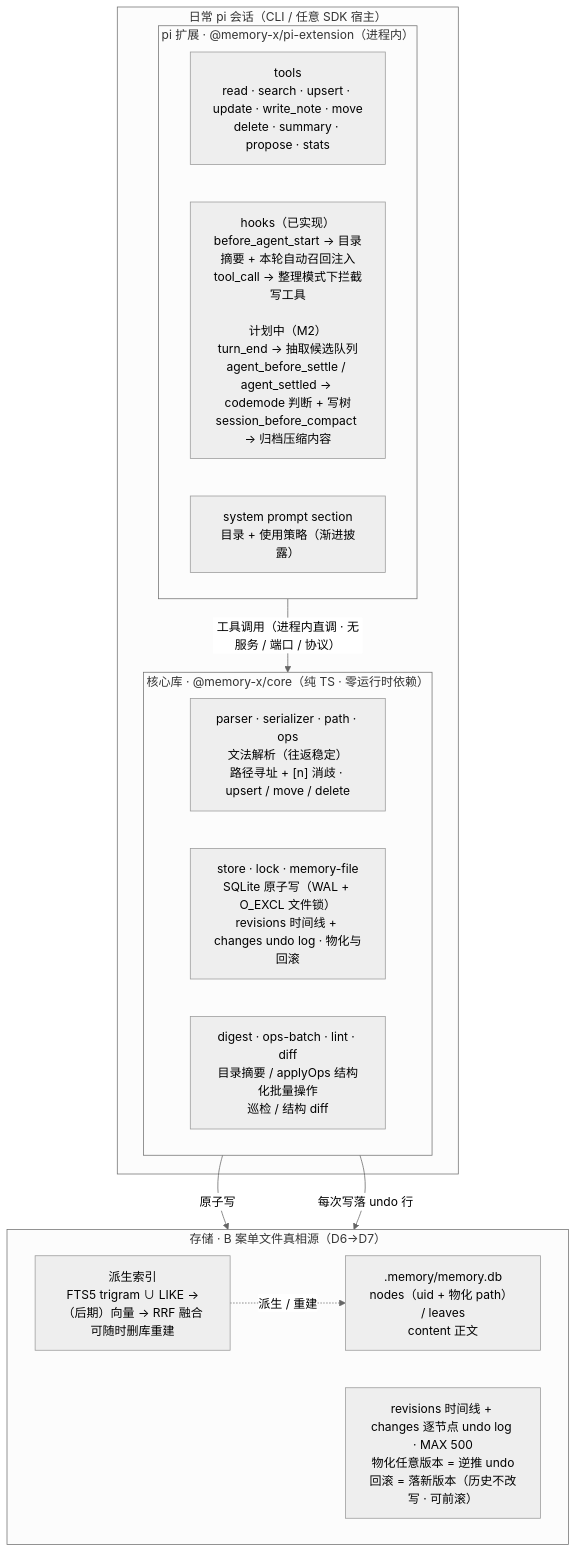
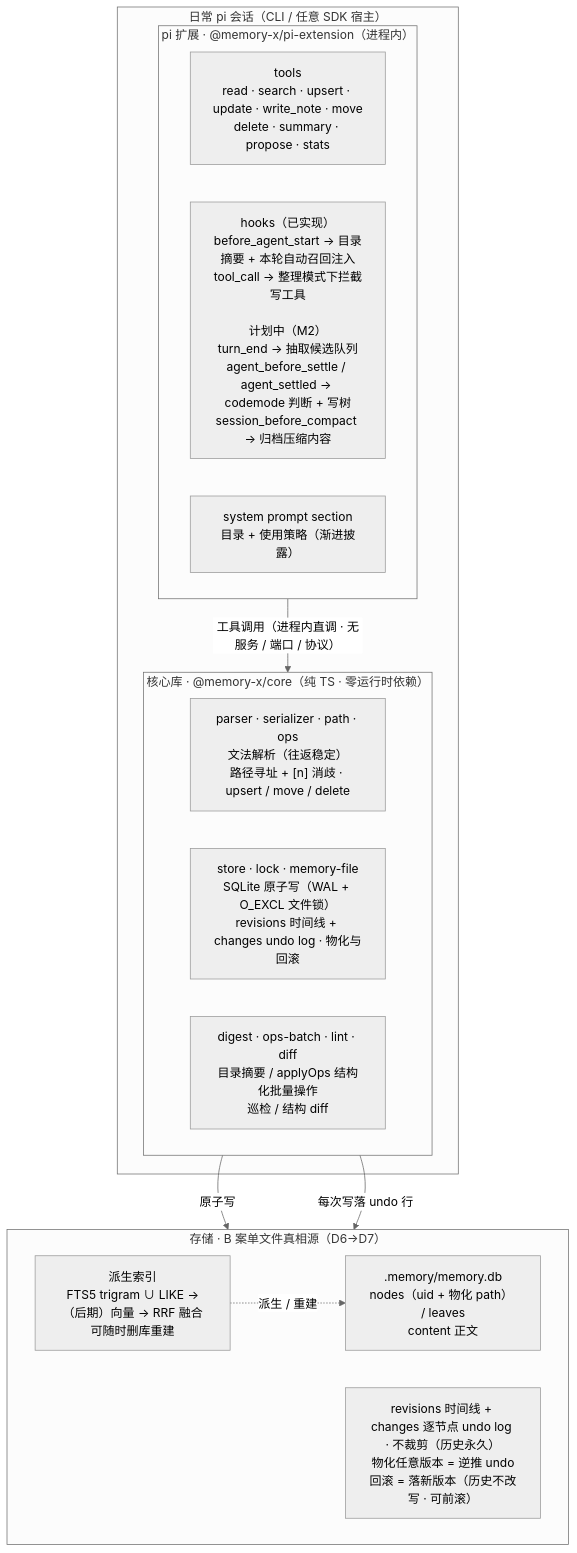
Before and after one commit to allmonday/memory-x: the diagram in PLAN.md, drawn with Mermaid (neutral theme). The commit also changed other lines of this file and 8 other files, not shown here.

````diff
--- a/PLAN.md
+++ b/PLAN.md
@@ -39,29 +39,29 @@
 ```mermaid
 flowchart TB
     subgraph SESSION["日常 pi 会话（CLI / 任意 SDK 宿主）"]
         subgraph EXT["pi 扩展 · @memory-x/pi-extension（进程内）"]
             direction LR
             TOOLS["tools<br/>read · search · upsert · update · write_note · move<br/>delete · summary · propose · stats"]
             HOOKS["hooks（已实现）<br/>before_agent_start → 目录摘要 + 本轮自动召回注入<br/>tool_call → 整理模式下拦截写工具<br/><br/>计划中（M2）<br/>turn_end → 抽取候选队列<br/>agent_before_settle / agent_settled → codemode 判断 + 写树<br/>session_before_compact → 归档压缩内容"]
             PROMPT["system prompt section<br/>目录 + 使用策略（渐进披露）"]
         end
         subgraph CORE["核心库 · @memory-x/core（纯 TS · 零运行时依赖）"]
             direction LR
             CORE_PARSE["parser · serializer · path · ops<br/>文法解析（往返稳定）<br/>路径寻址 + [n] 消歧 · upsert / move / delete"]
             CORE_STORE["store · lock · memory-file<br/>SQLite 原子写（WAL + O_EXCL 文件锁）<br/>revisions 时间线 + changes undo log · 物化与回滚"]
             CORE_DERIVE["digest · ops-batch · lint · diff<br/>目录摘要 / applyOps 结构化批量操作<br/>巡检 / 结构 diff"]
         end
     end
 
     subgraph STORE["存储 · B 案单文件真相源（D6→D7）"]
         direction LR
         DB[".memory/memory.db<br/>nodes（uid + 物化 path） / leaves<br/>content 正文"]
-        REV["revisions 时间线 + changes 逐节点 undo log · MAX 500<br/>物化任意版本 = 逆推 undo<br/>回滚 = 落新版本（历史不改写 · 可前滚）"]
+        REV["revisions 时间线 + changes 逐节点 undo log · 不裁剪（历史永久）<br/>物化任意版本 = 逆推 undo<br/>回滚 = 落新版本（历史不改写 · 可前滚）"]
         IDX["派生索引<br/>FTS5 trigram ∪ LIKE →（后期）向量 → RRF 融合<br/>可随时删库重建"]
     end
 
     EXT -->|"工具调用（进程内直调 · 无服务 / 端口 / 协议）"| CORE
     CORE -->|"原子写"| DB
     CORE -->|"每次写落 undo 行"| REV
     IDX -. "派生 / 重建" .-> DB
 ```
````
